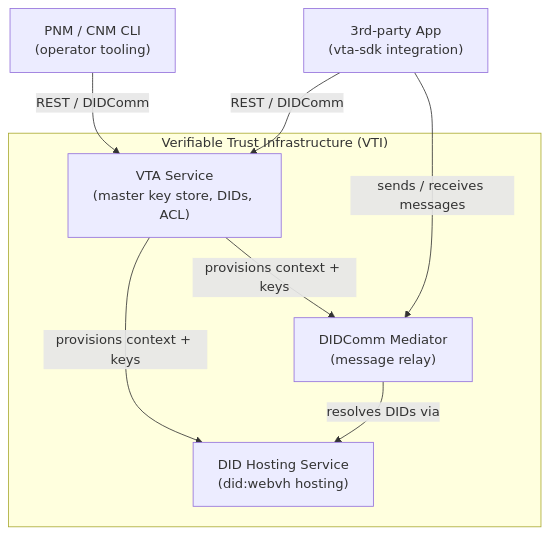
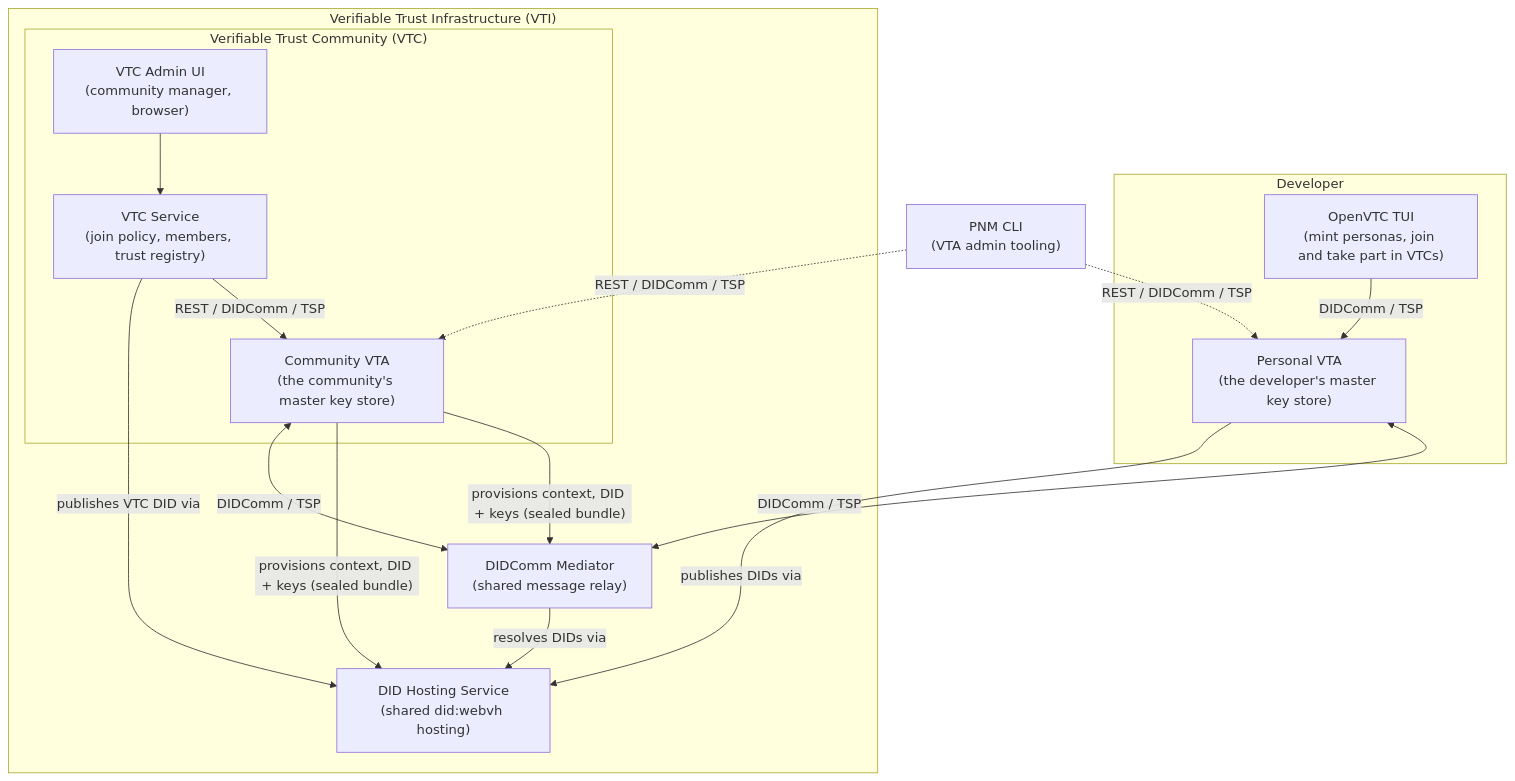
One commit to OpenVTC/vti-setup changed the diagram in README.md. Above: the diagram before and after it, drawn with Mermaid. The commit also changed other lines of this file, not shown here.

Commit message:
Redraw the Components diagram around a developer VTA and a community VTA (#39)
Show the developer's Personal VTA driven by OpenVTC on one side and the community's own VTA, the VTC service, and the VTC Admin UI on the other, meeting only through the shared Mediator and DID Host. Add TSP alongside REST and DIDComm on every transport edge, spell out that the sealed bundles carry context, DID, and keys, drop the third-party app and the CNM CLI, and add a VTC row to the component table pointing at the verifiable-trust-infrastructure repo.

````diff
--- a/README.md
+++ b/README.md
@@ -33,18 +33,32 @@
 ```mermaid
 graph TB
-    subgraph VTI["Verifiable Trust Infrastructure (VTI)"]
-        VTA["VTA Service\n(master key store, DIDs, ACL)"]
-        DIDHost["DID Hosting Service\n(did:webvh hosting)"]
-        MED["DIDComm Mediator\n(message relay)"]
+    subgraph DEV["Developer"]
+        OVTC["OpenVTC TUI\n(mint personas, join and take part in VTCs)"]
+        PVTA["Personal VTA\n(the developer's master key store)"]
     end
 
-    CLI["PNM / CNM CLI\n(operator tooling)"]
-    APP["3rd-party App\n(vta-sdk integration)"]
+    subgraph VTI["Verifiable Trust Infrastructure (VTI)"]
+        subgraph COMM["Verifiable Trust Community (VTC)"]
+            ADMIN["VTC Admin UI\n(community manager, browser)"]
+            VTC["VTC Service\n(join policy, members, trust registry)"]
+            CVTA["Community VTA\n(the community's master key store)"]
+        end
+        MED["DIDComm Mediator\n(shared message relay)"]
+        DIDHost["DID Hosting Service\n(shared did:webvh hosting)"]
+    end
 
-    CLI -->|"REST / DIDComm"| VTA
-    APP -->|"REST / DIDComm"| VTA
-    VTA -->|"provisions context + keys"| DIDHost
-    VTA -->|"provisions context + keys"| MED
+    PNM["PNM CLI\n(VTA admin tooling)"]
+
+    OVTC -->|"DIDComm / TSP"| PVTA
+    ADMIN --> VTC
+    VTC -->|"REST / DIDComm / TSP"| CVTA
+    PNM -.->|"REST / DIDComm / TSP"| PVTA
+    PNM -.->|"REST / DIDComm / TSP"| CVTA
+    CVTA -->|"provisions context, DID + keys (sealed bundle)"| MED
+    CVTA -->|"provisions context, DID + keys (sealed bundle)"| DIDHost
+    PVTA <-->|"DIDComm / TSP"| MED
+    CVTA <-->|"DIDComm / TSP"| MED
+    PVTA -->|"publishes DIDs via"| DIDHost
+    VTC -->|"publishes VTC DID via"| DIDHost
     MED -->|"resolves DIDs via"| DIDHost
-    APP -->|"sends / receives messages"| MED
 ```
````
